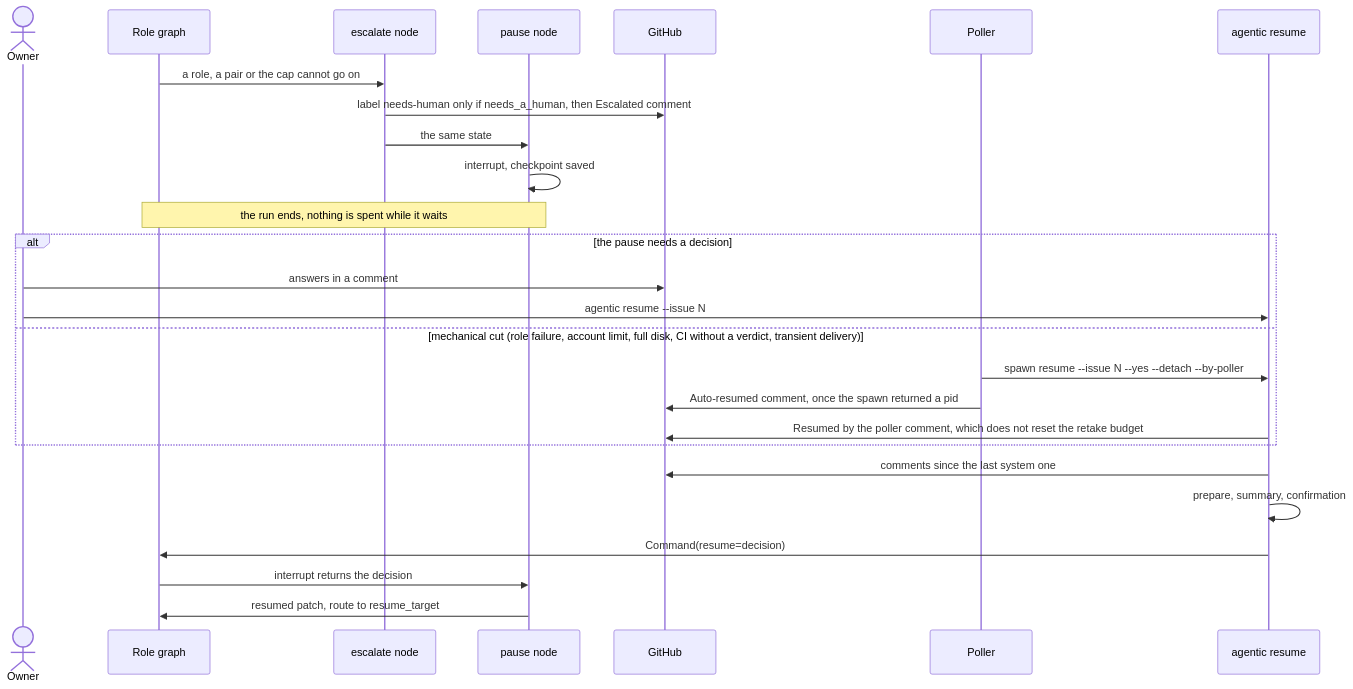
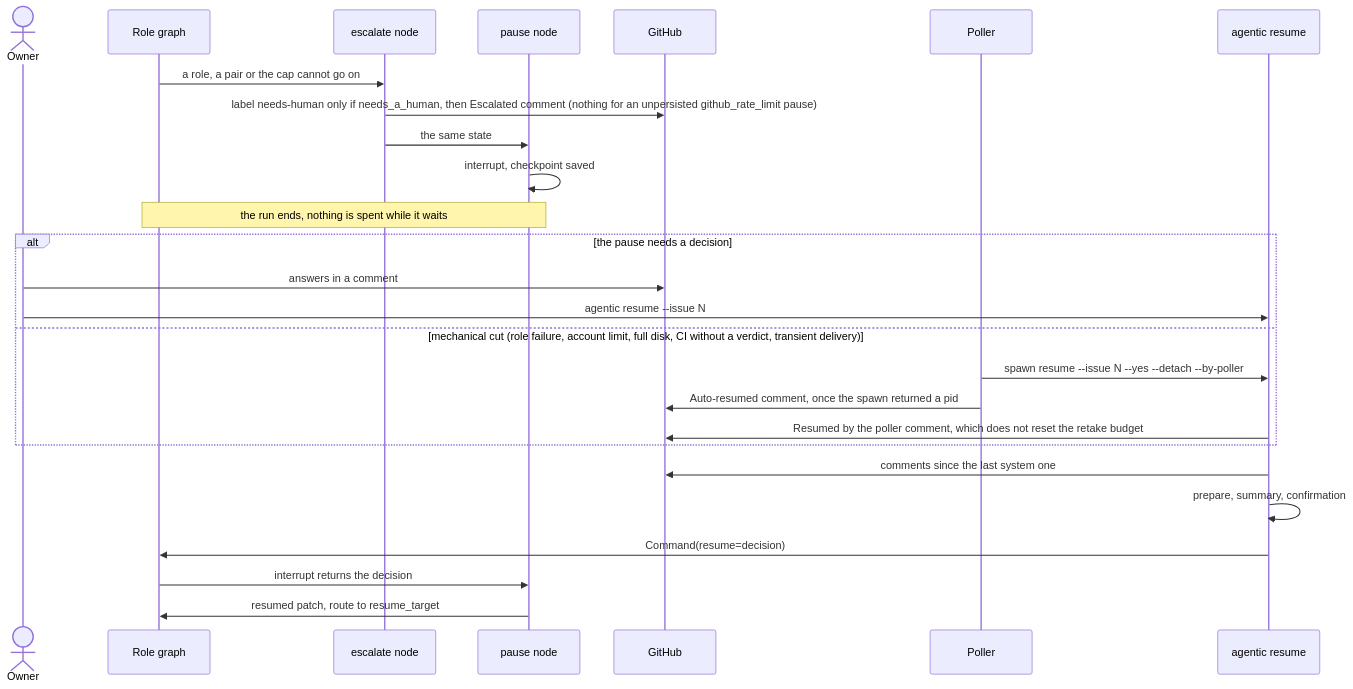
Before and after one commit to GonzaloZevallos/agentic-system: the diagram in docs/architecture/flujos/reanudacion.md, drawn with Mermaid. The commit also changed other lines of this file, not shown here.

Commit message:
Document the silent github_rate_limit pause in the resume flow

````diff
--- a/docs/architecture/flujos/reanudacion.md
+++ b/docs/architecture/flujos/reanudacion.md
@@ -8,28 +8,28 @@
 ```mermaid
 sequenceDiagram
     actor Owner
     participant Graph as Role graph
     participant Escalate as escalate node
     participant Pause as pause node
     participant GitHub
     participant Poller
     participant Resume as agentic resume
     Graph->>Escalate: a role, a pair or the cap cannot go on
-    Escalate->>GitHub: label needs-human only if needs_a_human, then Escalated comment
+    Escalate->>GitHub: label needs-human only if needs_a_human, then Escalated comment (nothing for an unpersisted github_rate_limit pause)
     Escalate->>Pause: the same state
     Pause->>Pause: interrupt, checkpoint saved
     Note over Graph,Pause: the run ends, nothing is spent while it waits
     alt the pause needs a decision
         Owner->>GitHub: answers in a comment
         Owner->>Resume: agentic resume --issue N
     else mechanical cut (role failure, account limit, full disk, CI without a verdict, transient delivery)
         Poller->>Resume: spawn resume --issue N --yes --detach --by-poller
         Poller->>GitHub: Auto-resumed comment, once the spawn returned a pid
         Resume->>GitHub: Resumed by the poller comment, which does not reset the retake budget
     end
     Resume->>GitHub: comments since the last system one
     Resume->>Resume: prepare, summary, confirmation
     Resume->>Graph: Command(resume=decision)
     Graph->>Pause: interrupt returns the decision
     Pause->>Graph: resumed patch, route to resume_target
 ```
````
